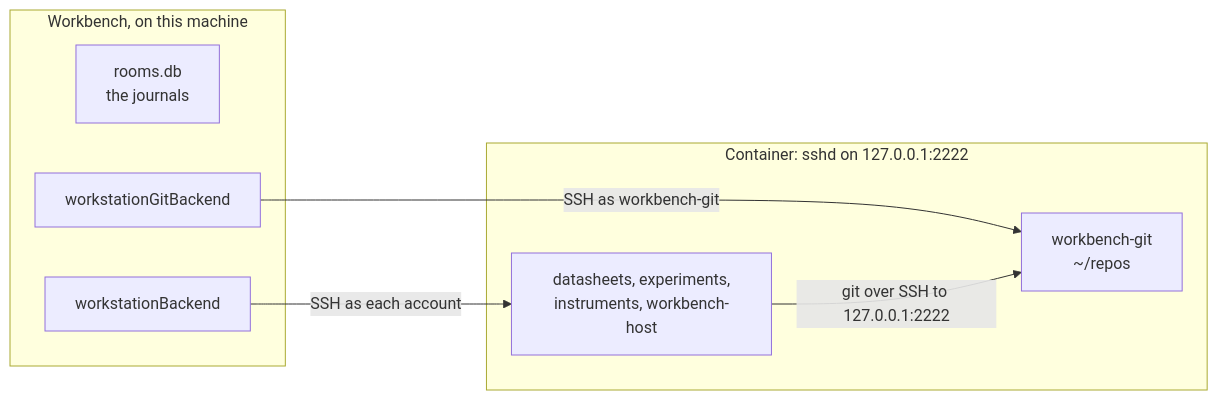
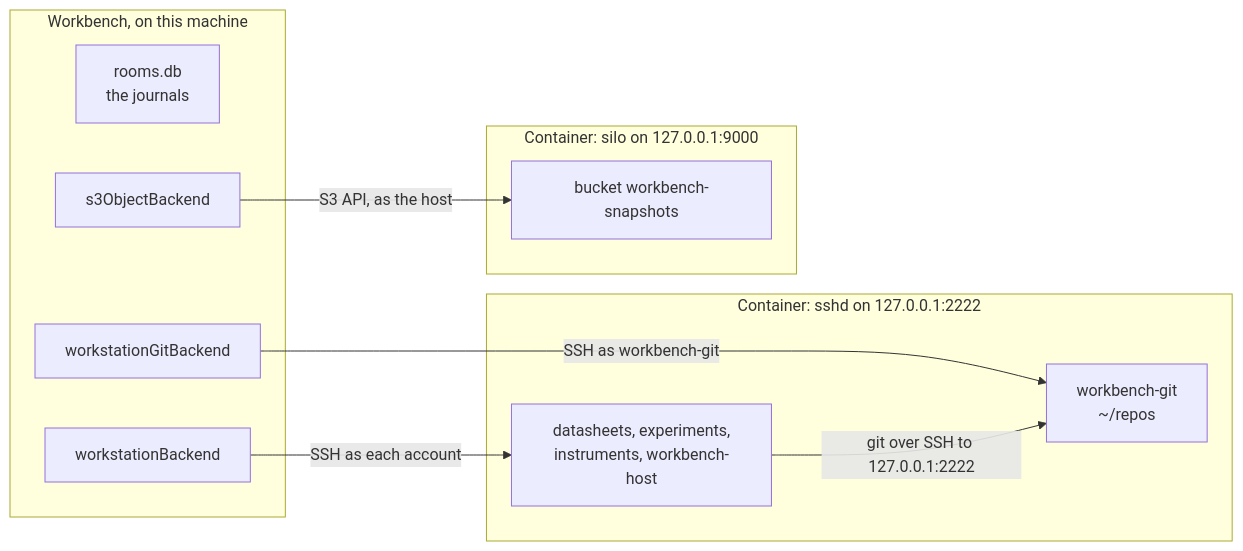
The diagram in workstation/README.md (fastforwardengine/workbench), drawn with Mermaid before and after one commit. The commit also changed other lines of this file and 7 other files, not shown here.

First line of the commit message:
Keep the snapshots in a bucket on the local workstation

````diff
--- a/workstation/README.md
+++ b/workstation/README.md
@@ -11,15 +12,20 @@
 ```mermaid
 flowchart LR
   subgraph host["Workbench, on this machine"]
     journals["rooms.db<br/>the journals"]
     bash["workstationBackend"]
     git["workstationGitBackend"]
+    s3["s3ObjectBackend"]
   end
   subgraph box["Container: sshd on 127.0.0.1:2222"]
     agents["datasheets, experiments,<br/>instruments, workbench-host"]
     repos["workbench-git<br/>~/repos"]
   end
+  subgraph store["Container: silo on 127.0.0.1:9000"]
+    bucket["bucket workbench-snapshots"]
+  end
   bash -- "SSH as each account" --> agents
   git -- "SSH as workbench-git" --> repos
   agents -- "git over SSH to 127.0.0.1:2222" --> repos
+  s3 -- "S3 API, as the host" --> bucket
 ```
````
